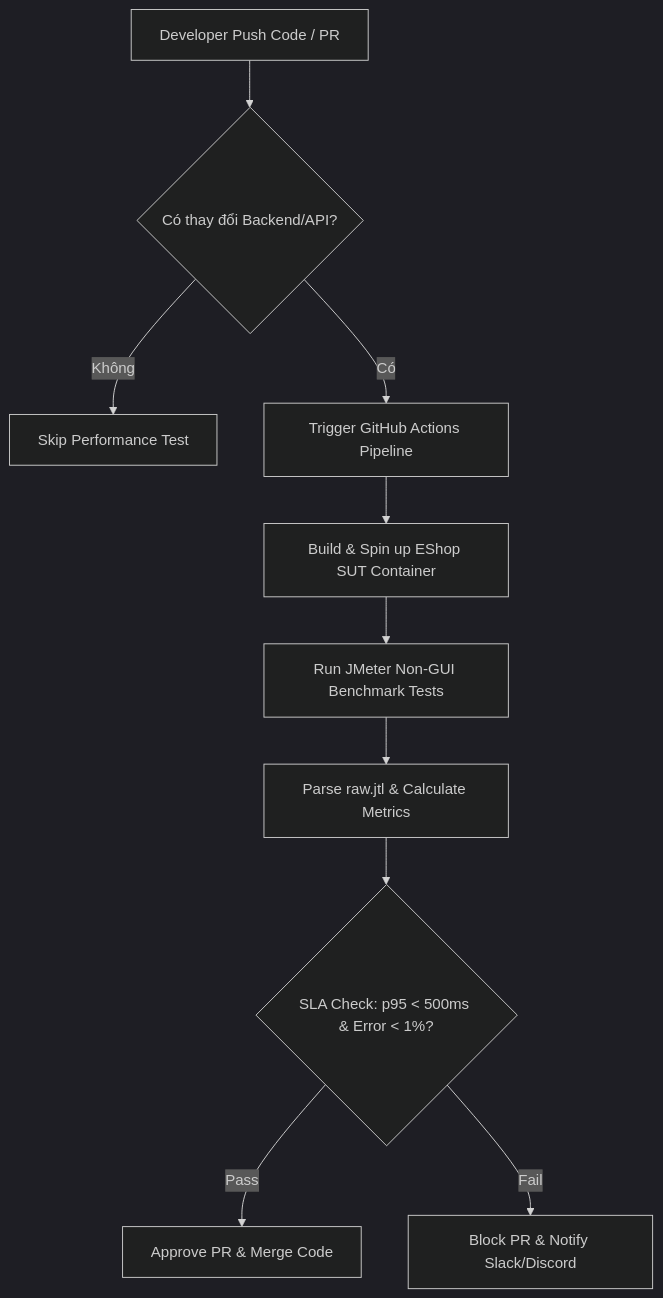
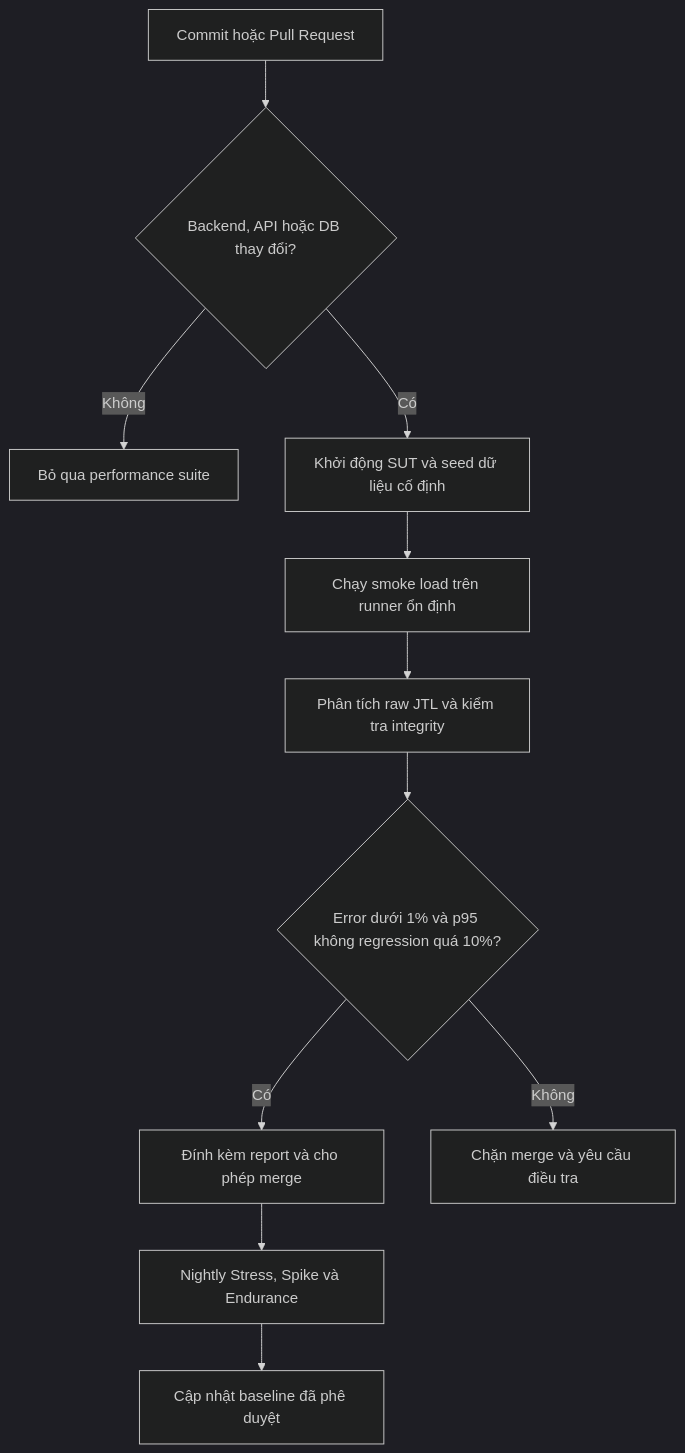
Before and after one commit to HCMUS-software-testing/HW05: the diagram in src/report/main-report.md, drawn with Mermaid (dark theme). The commit also changed other lines of this file and 4 other files, not shown here.

````diff
--- a/src/report/main-report.md
+++ b/src/report/main-report.md
@@ -87,12 +125,13 @@
 ```mermaid
 flowchart TD
-    A[Developer Push Code / PR] --> B{Có thay đổi Backend/API?}
-    B -- Không --> C[Skip Performance Test]
-    B -- Có --> D[Trigger GitHub Actions Pipeline]
-    D --> E[Build & Spin up EShop SUT Container]
-    E --> F[Run JMeter Non-GUI Benchmark Tests]
-    F --> G[Parse raw.jtl & Calculate Metrics]
-    G --> H{SLA Check: p95 < 500ms & Error < 1%?}
-    H -- Pass --> I[Approve PR & Merge Code]
-    H -- Fail --> J[Block PR & Notify Slack/Discord]
+    A[Commit hoặc Pull Request] --> B{Backend, API hoặc DB thay đổi?}
+    B -- Không --> C[Bỏ qua performance suite]
+    B -- Có --> D[Khởi động SUT và seed dữ liệu cố định]
+    D --> E[Chạy smoke load trên runner ổn định]
+    E --> F[Phân tích raw JTL và kiểm tra integrity]
+    F --> G{Error dưới 1% và p95 không regression quá 10%?}
+    G -- Có --> H[Đính kèm report và cho phép merge]
+    G -- Không --> I[Chặn merge và yêu cầu điều tra]
+    H --> J[Nightly Stress, Spike và Endurance]
+    J --> K[Cập nhật baseline đã phê duyệt]
 ```
````
